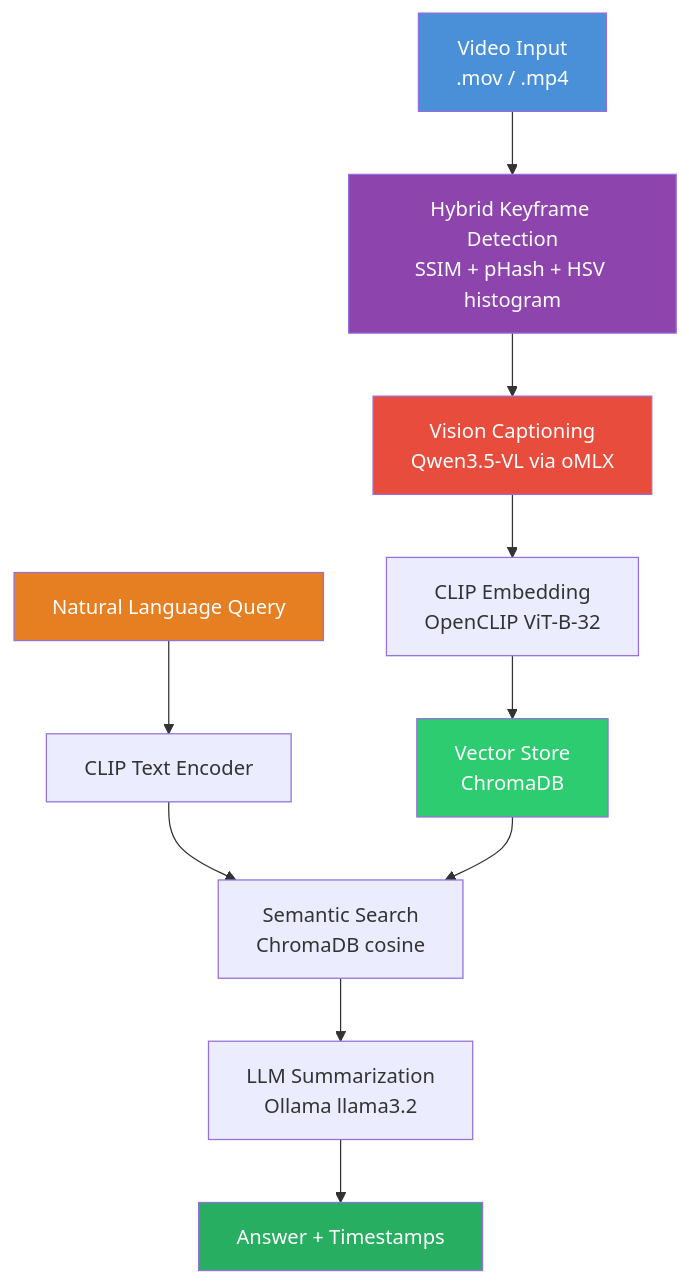
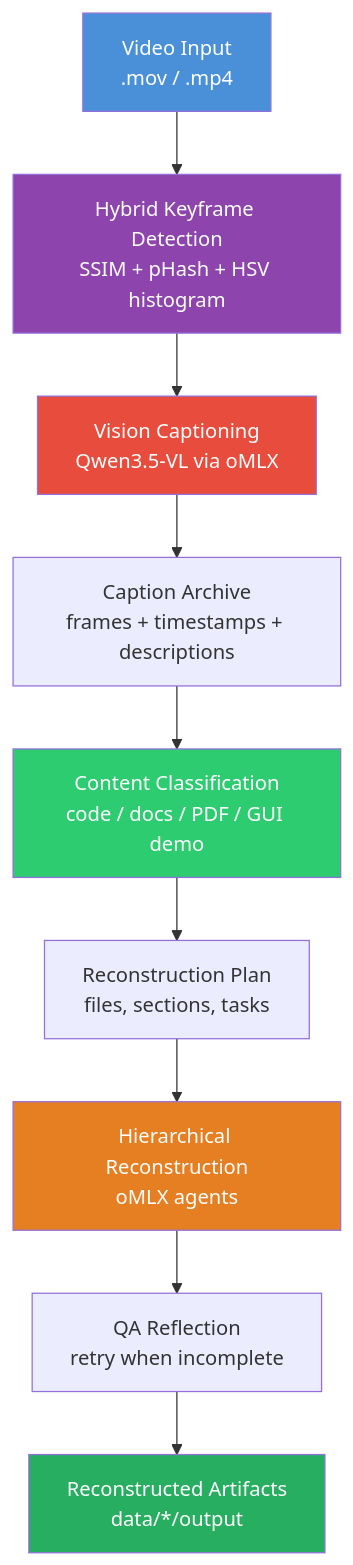
One commit to sw30labs/screen-lens changed the first of 2 diagrams in README.md. Above: the diagram before and after it, drawn with Mermaid. The commit also changed other lines of this file and 7 other files, not shown here.

````diff
--- a/README.md
+++ b/README.md
@@ -19,20 +19,18 @@
 ```mermaid
 graph TD
     A[Video Input<br/>.mov / .mp4] --> B[Hybrid Keyframe Detection<br/>SSIM + pHash + HSV histogram]
     B --> C[Vision Captioning<br/>Qwen3.5-VL via oMLX]
-    C --> D[CLIP Embedding<br/>OpenCLIP ViT-B-32]
-    D --> E[Vector Store<br/>ChromaDB]
-
-    F[Natural Language Query] --> G[CLIP Text Encoder]
-    G --> H[Semantic Search<br/>ChromaDB cosine]
-    E --> H
-    H --> I[LLM Summarization<br/>Ollama llama3.2]
-    I --> J[Answer + Timestamps]
+    C --> D[Caption Archive<br/>frames + timestamps + descriptions]
+    D --> E[Content Classification<br/>code / docs / PDF / GUI demo]
+    E --> F[Reconstruction Plan<br/>files, sections, tasks]
+    F --> G[Hierarchical Reconstruction<br/>oMLX agents]
+    G --> H[QA Reflection<br/>retry when incomplete]
+    H --> I[Reconstructed Artifacts<br/>data/*/output]
 
     style A fill:#4a90d9,color:#fff
     style B fill:#8e44ad,color:#fff
     style C fill:#e74c3c,color:#fff
     style E fill:#2ecc71,color:#fff
-    style F fill:#e67e22,color:#fff
-    style J fill:#27ae60,color:#fff
+    style G fill:#e67e22,color:#fff
+    style I fill:#27ae60,color:#fff
 ```
````
